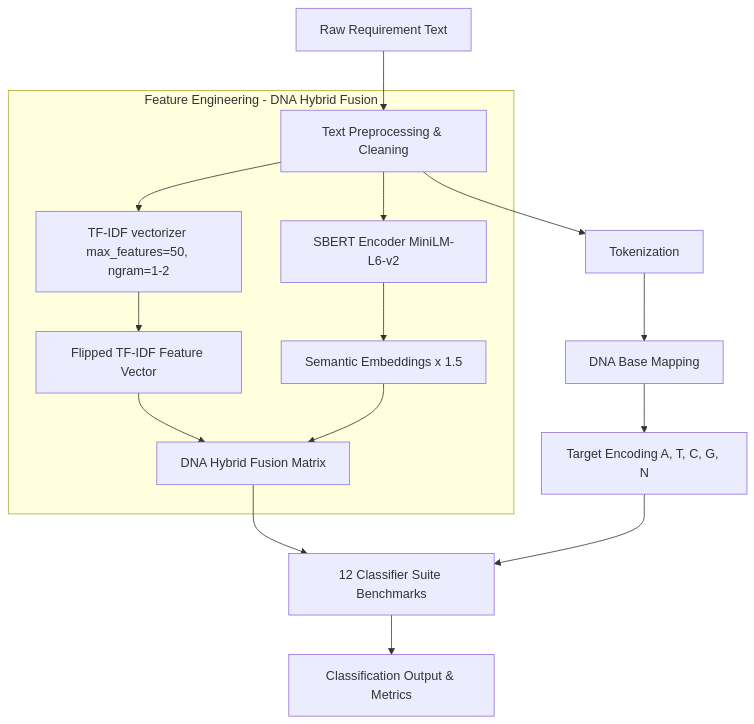
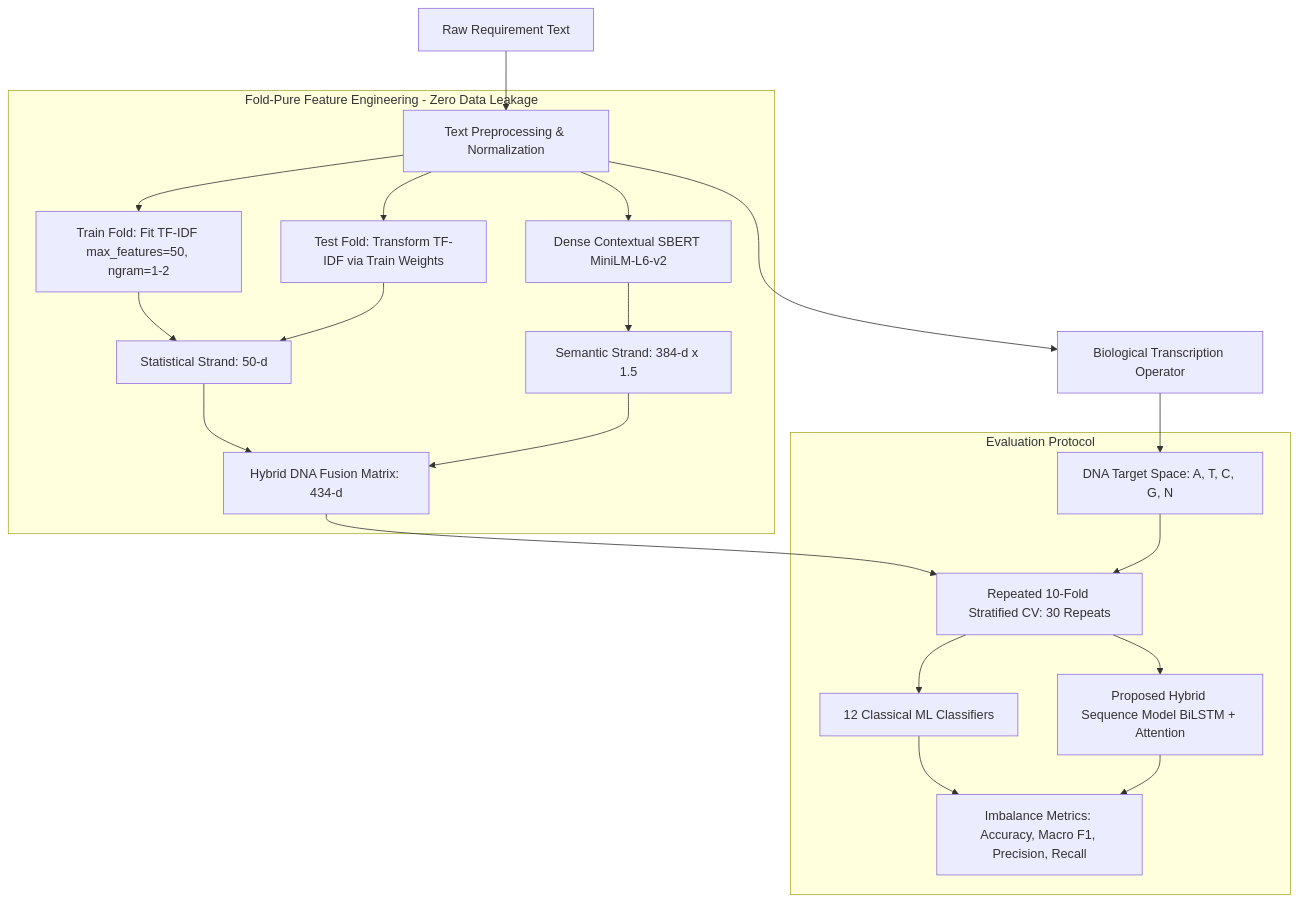
Before and after one commit to umertanveer25/DNA-Req: the diagram in README.md, drawn with Mermaid. The commit also changed other lines of this file and 15 other files, not shown here.

Commit message:
feat: align with AWKUM PhD Synopsis Phase 2, add GPU pipeline, zero-leakage CV, and 8 tests

````diff
--- a/README.md
+++ b/README.md
@@ -41,20 +40,26 @@
 ```mermaid
 graph TD
-    A[Raw Requirement Text] --> B[Text Preprocessing & Cleaning]
-    B --> C[Tokenization]
-    C --> D[DNA Base Mapping]
+    A[Raw Requirement Text] --> B[Text Preprocessing & Normalization]
+    B --> C[Biological Transcription Operator]
+    C --> D[DNA Target Space: A, T, C, G, N]
     
-    subgraph FeatureEngineering [Feature Engineering - DNA Hybrid Fusion]
-        B --> E[TF-IDF vectorizer max_features=50, ngram=1-2]
-        B --> F[SBERT Encoder MiniLM-L6-v2]
-        E --> G[Flipped TF-IDF Feature Vector]
-        F --> H[Semantic Embeddings x 1.5]
-        G --> I[DNA Hybrid Fusion Matrix]
-        H --> I
+    subgraph FoldPureEngineering [Fold-Pure Feature Engineering - Zero Data Leakage]
+        B --> E[Train Fold: Fit TF-IDF max_features=50, ngram=1-2]
+        B --> F[Test Fold: Transform TF-IDF via Train Weights]
+        B --> G[Dense Contextual SBERT MiniLM-L6-v2]
+        E --> H[Statistical Strand: 50-d]
+        F --> H
+        G --> I[Semantic Strand: 384-d x 1.5]
+        H --> J[Hybrid DNA Fusion Matrix: 434-d]
+        I --> J
     end
     
-    D --> J[Target Encoding A, T, C, G, N]
-    I --> K[12 Classifier Suite Benchmarks]
-    J --> K
-    K --> L[Classification Output & Metrics]
+    subgraph BenchmarkSuite [Evaluation Protocol]
+        J --> K[Repeated 10-Fold Stratified CV: 30 Repeats]
+        D --> K
+        K --> L[12 Classical ML Classifiers]
+        K --> M[Proposed Hybrid Sequence Model BiLSTM + Attention]
+        L --> N[Imbalance Metrics: Accuracy, Macro F1, Precision, Recall]
+        M --> N
+    end
 ```
````
